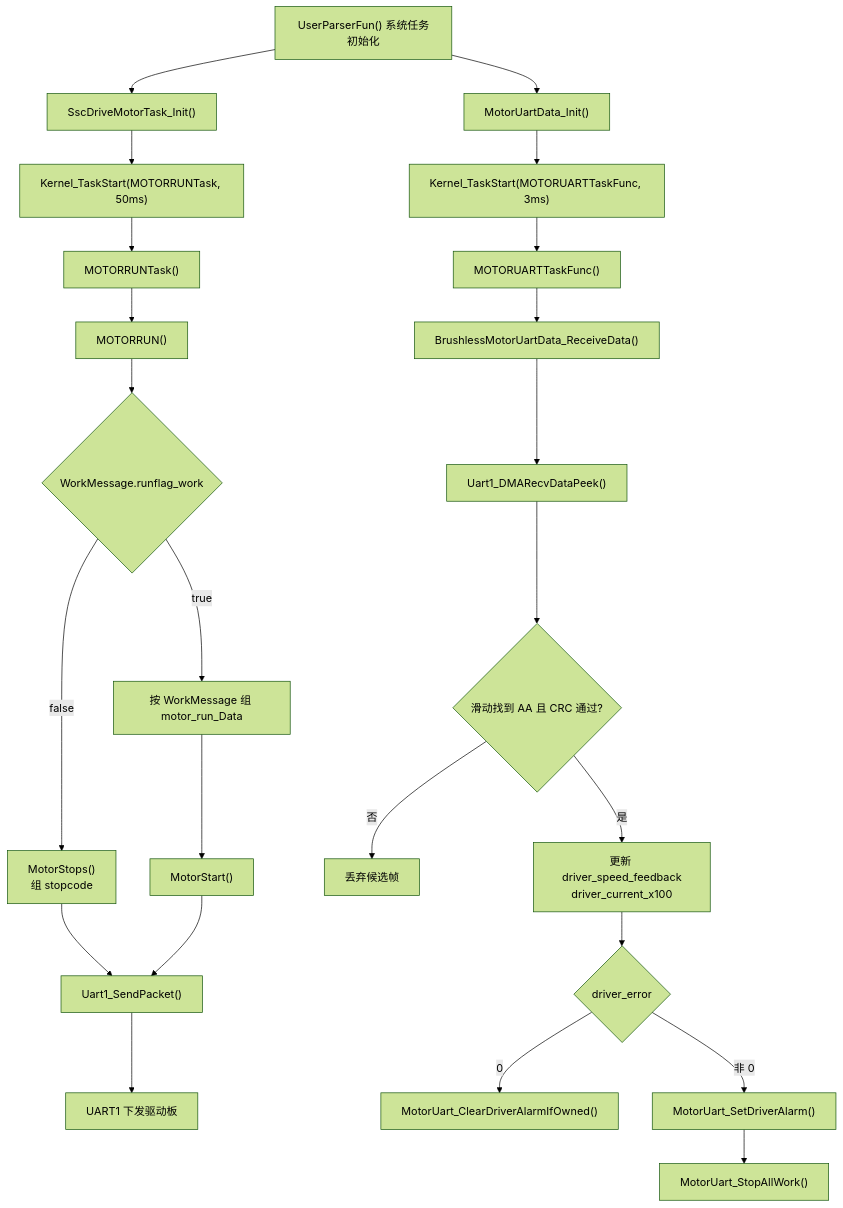
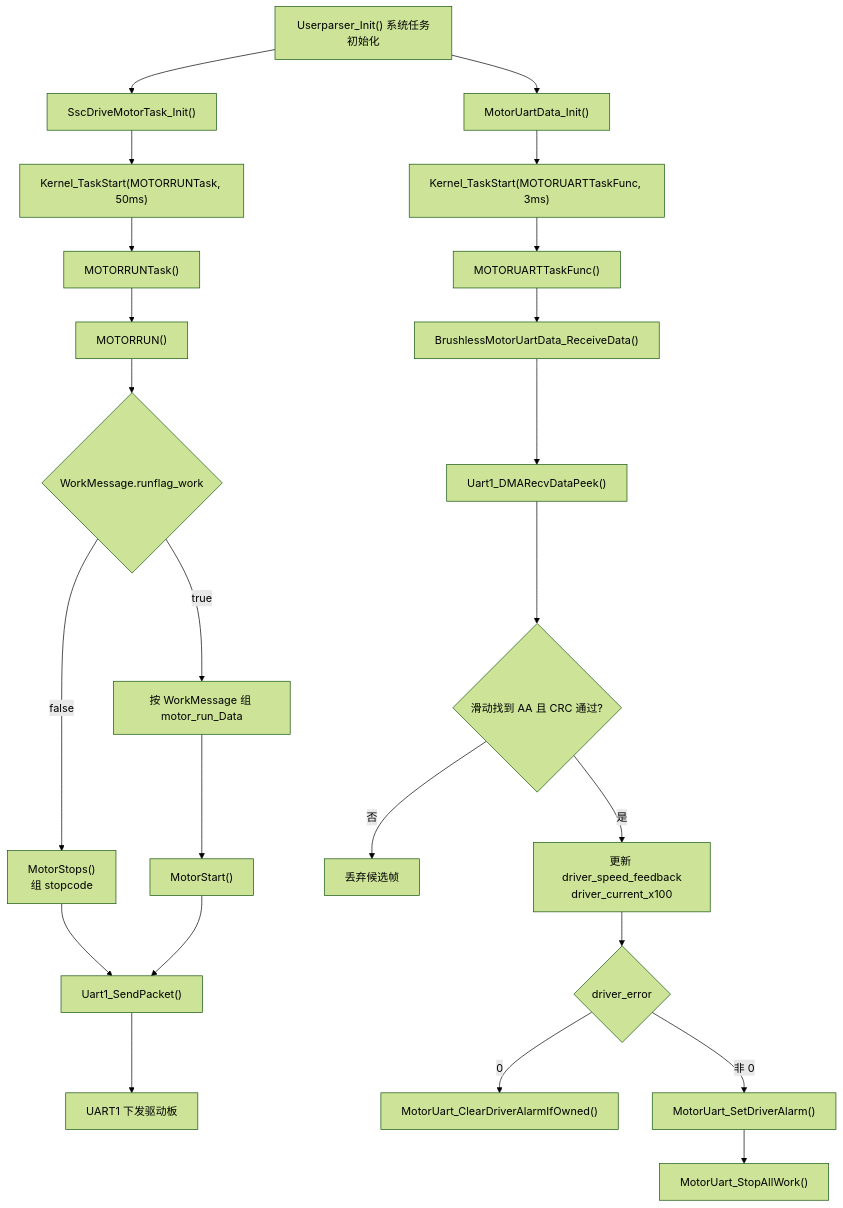
Before and after one commit to HW9711/EH-main: diagram 11 of 22 in docs/product-software-handoff.md, drawn with Mermaid (forest theme). The commit also changed other lines of this file and 46 other files, not shown here.

````diff
--- a/docs/product-software-handoff.md
+++ b/docs/product-software-handoff.md
@@ -996,27 +996,27 @@
 ```mermaid
 flowchart TD
-    A["UserParserFun() 系统任务初始化"] --> B["SscDriveMotorTask_Init()"]
+A["Userparser_Init() 系统任务初始化"] --> B["SscDriveMotorTask_Init()"]
     B --> C["Kernel_TaskStart(MOTORRUNTask, 50ms)"]
     C --> D["MOTORRUNTask()"]
     D --> E["MOTORRUN()"]
     E --> F{"WorkMessage.runflag_work"}
     F -->|false| G["MotorStops()\n组 stopcode"]
     F -->|true| H["按 WorkMessage 组 motor_run_Data"]
     H --> I["MotorStart()"]
     G --> J["Uart1_SendPacket()"]
     I --> J
     J --> K["UART1 下发驱动板"]
 
     A --> L["MotorUartData_Init()"]
     L --> M["Kernel_TaskStart(MOTORUARTTaskFunc, 3ms)"]
     M --> N["MOTORUARTTaskFunc()"]
     N --> O["BrushlessMotorUartData_ReceiveData()"]
     O --> P["Uart1_DMARecvDataPeek()"]
     P --> Q{"滑动找到 AA 且 CRC 通过?"}
     Q -->|否| R["丢弃候选帧"]
     Q -->|是| S["更新 driver_speed_feedback\ndriver_current_x100"]
     S --> T{"driver_error"}
     T -->|0| U["MotorUart_ClearDriverAlarmIfOwned()"]
     T -->|非 0| V["MotorUart_SetDriverAlarm()"]
     V --> W["MotorUart_StopAllWork()"]
 ```
````
